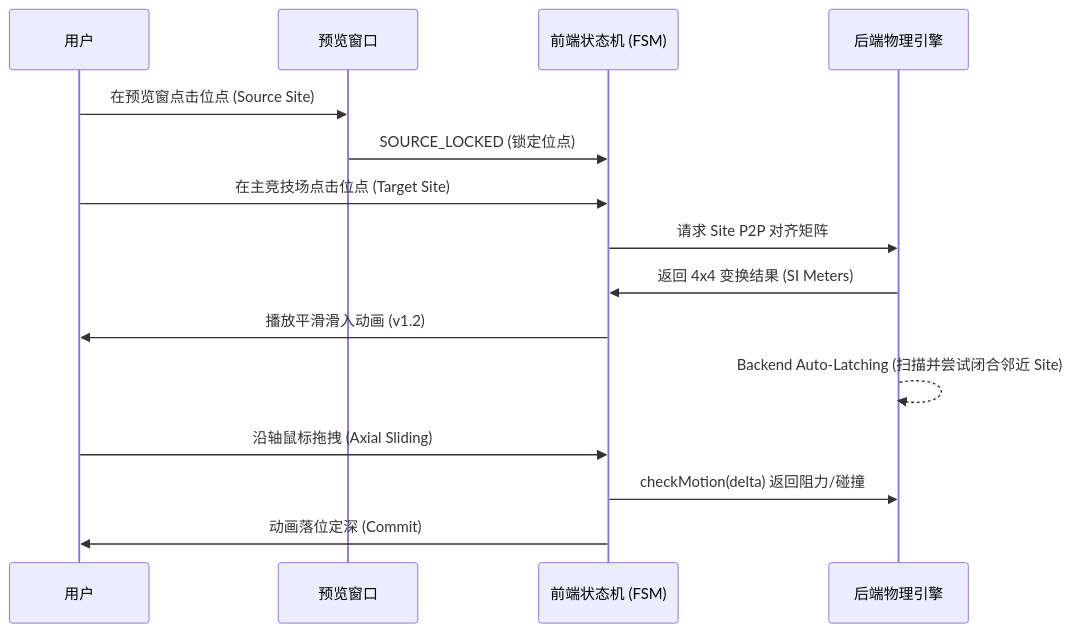
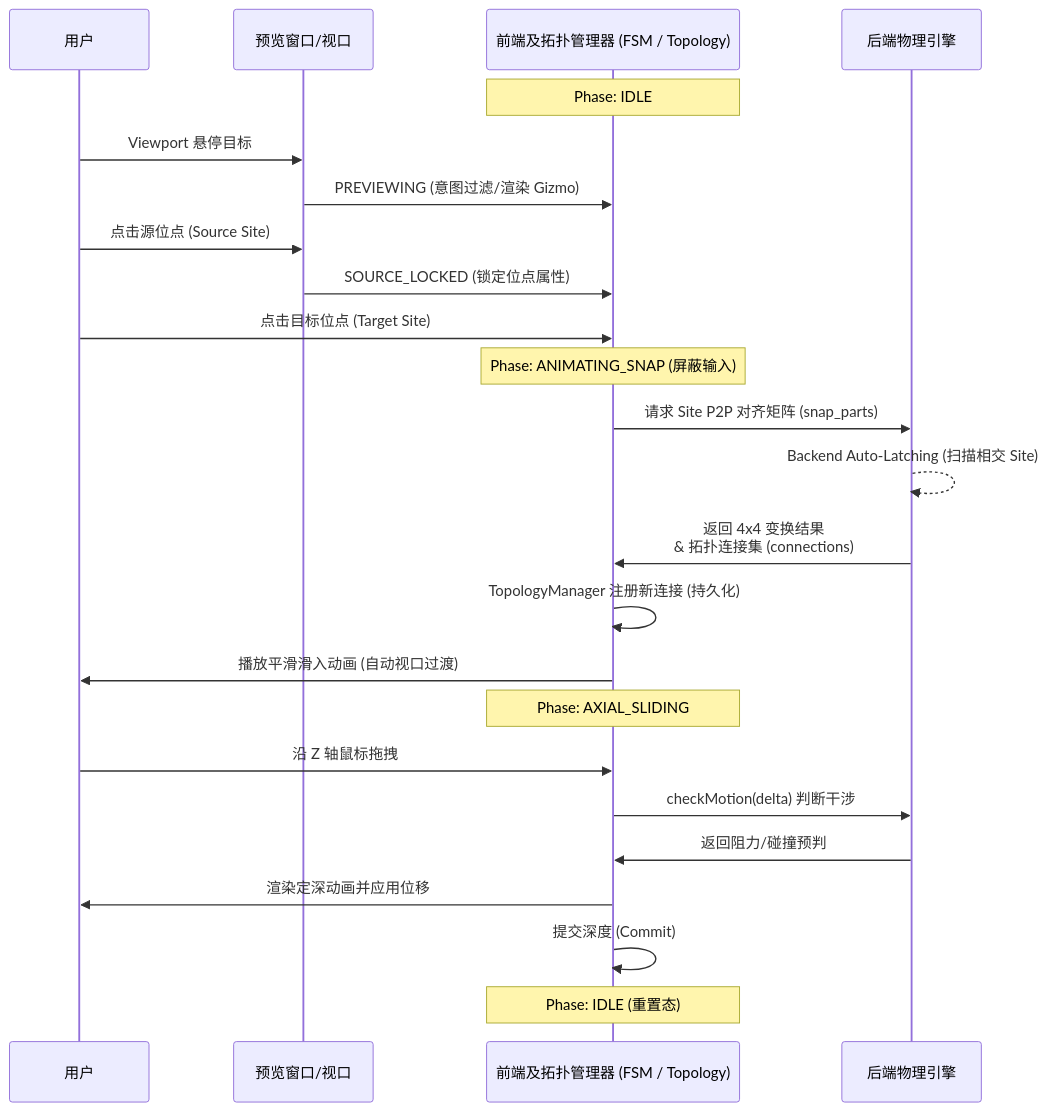
The diagram in docs/02_system_design/01_assembly_logic_and_algorithms.md (zhongchao-han/lego_cad_sim), drawn with Mermaid before and after one commit.

Commit message:
docs: improve assembly logic sequence diagram for v3.1 architecture

````diff
--- a/docs/02_system_design/01_assembly_logic_and_algorithms.md
+++ b/docs/02_system_design/01_assembly_logic_and_algorithms.md
@@ -24,18 +24,38 @@
 ```mermaid
 sequenceDiagram
     participant User as 用户
-    participant UI as 预览窗口
-    participant Store as 前端状态机 (FSM)
+    participant UI as 预览窗口/视口
+    participant Store as 前端及拓扑管理器 (FSM / Topology)
     participant Engine as 后端物理引擎
 
-    User->>UI: 在预览窗点击位点 (Source Site)
-    UI->>Store: SOURCE_LOCKED (锁定位点)
-    User->>Store: 在主竞技场点击位点 (Target Site)
-    Store->>Engine: 请求 Site P2P 对齐矩阵
-    Engine->>Store: 返回 4x4 变换结果 (SI Meters)
-    Store->>User: 播放平滑滑入动画 (v1.2)
-    Engine-->>Engine: Backend Auto-Latching (扫描并尝试闭合邻近 Site)
-    User->>Store: 沿轴鼠标拖拽 (Axial Sliding)
-    Store->>Engine: checkMotion(delta) 返回阻力/碰撞
-    Store->>User: 动画落位定深 (Commit)
+    %% Phase 1: 预防与意图锁定
+    Note over Store: Phase: IDLE
+    User->>UI: Viewport 悬停目标
+    UI->>Store: PREVIEWING (意图过滤/渲染 Gizmo)
+    User->>UI: 点击源位点 (Source Site)
+    UI->>Store: SOURCE_LOCKED (锁定位点属性)
+
+    %% Phase 2: 目标锁定与计算请求
+    User->>Store: 点击目标位点 (Target Site)
+    Note over Store: Phase: ANIMATING_SNAP (屏蔽输入)
+    Store->>Engine: 请求 Site P2P 对齐矩阵 (snap_parts)
+
+    %% Phase 3: 后端拓扑闭合并下发
+    Engine-->>Engine: Backend Auto-Latching (扫描相交 Site)
+    Engine->>Store: 返回 4x4 变换结果 <br/> & 拓扑连接集 (connections)
+
+    %% Phase 4: 渲染动画与拓扑更新
+    Store->>Store: TopologyManager 注册新连接 (持久化)
+    Store->>User: 播放平滑滑入动画 (自动视口过渡)
+
+    %% Phase 5: 微调验证与提交
+    Note over Store: Phase: AXIAL_SLIDING
+    User->>Store: 沿 Z 轴鼠标拖拽
+    Store->>Engine: checkMotion(delta) 判断干涉
+    Engine->>Store: 返回阻力/碰撞预判
+    Store->>User: 渲染定深动画并应用位移
+
+    %% 闭环
+    Store->>Store: 提交深度 (Commit)
+    Note over Store: Phase: IDLE (重置态)
 ```
````
